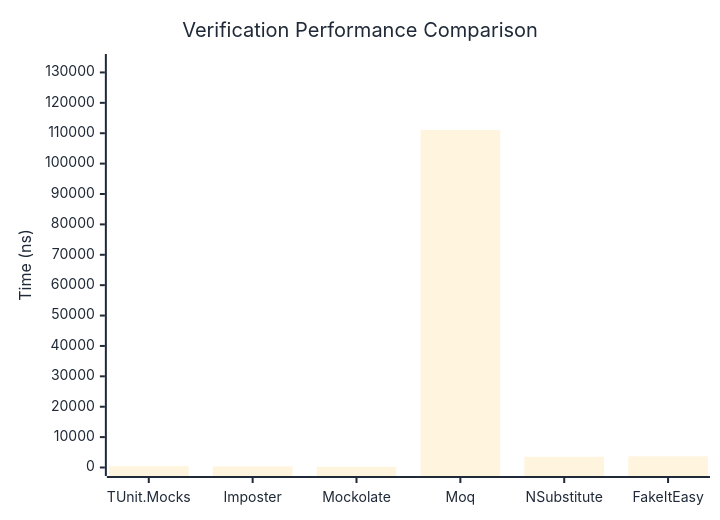
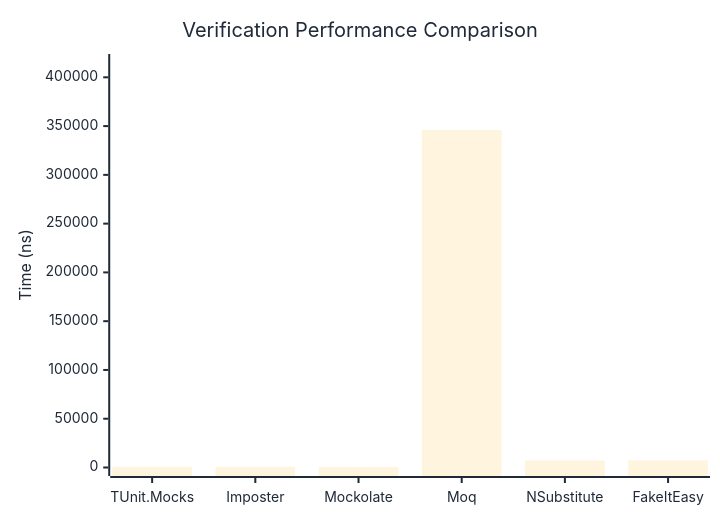
One commit to thomhurst/TUnit changed the first of 3 diagrams in docs/docs/benchmarks/mocks/Verification.md. Above: the diagram before and after it, drawn with Mermaid. The commit also changed other lines of this file and 14 other files, not shown here.

````diff
--- a/docs/docs/benchmarks/mocks/Verification.md
+++ b/docs/docs/benchmarks/mocks/Verification.md
@@ -30,27 +30,27 @@
 ```mermaid
 %%{init: {
   'theme':'base',
   'themeVariables': {
     'primaryColor': '#2563eb',
     'primaryTextColor': '#1f2937',
     'primaryBorderColor': '#1e40af',
     'lineColor': '#6b7280',
     'secondaryColor': '#7c3aed',
     'tertiaryColor': '#dc2626',
     'background': '#ffffff',
     'pie1': '#2563eb',
     'pie2': '#7c3aed',
     'pie3': '#dc2626',
     'pie4': '#f59e0b',
     'pie5': '#10b981',
     'pie6': '#06b6d4',
     'pie7': '#ec4899',
     'pie8': '#6366f1'
   }
 }}%%
 xychart-beta
   title "Verification Performance Comparison"
   x-axis ["TUnit.Mocks", "Imposter", "Mockolate", "Moq", "NSubstitute", "FakeItEasy"]
-  y-axis "Time (ns)" 0 --> 133272
-  bar [432.43, 378.12, 243.58, 111059.45, 3530.49, 3663.21]
+  y-axis "Time (ns)" 0 --> 415186
+  bar [757.85, 706.52, 397.49, 345988.31, 7143.28, 7357.06]
 ```
````
